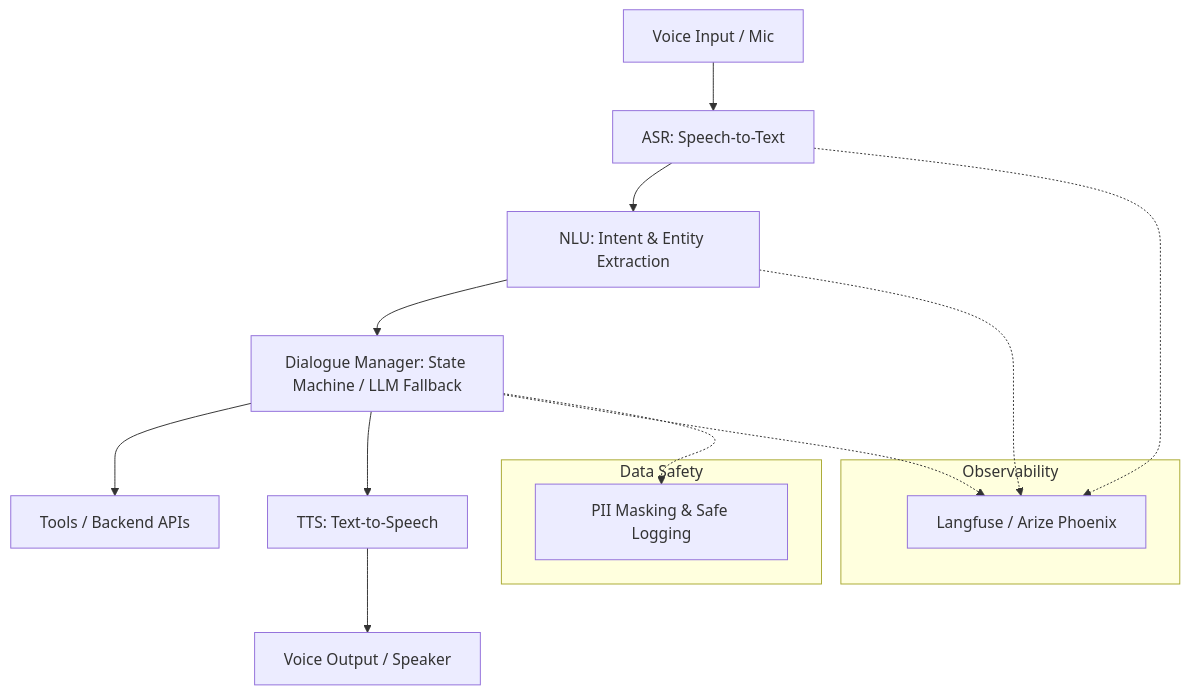
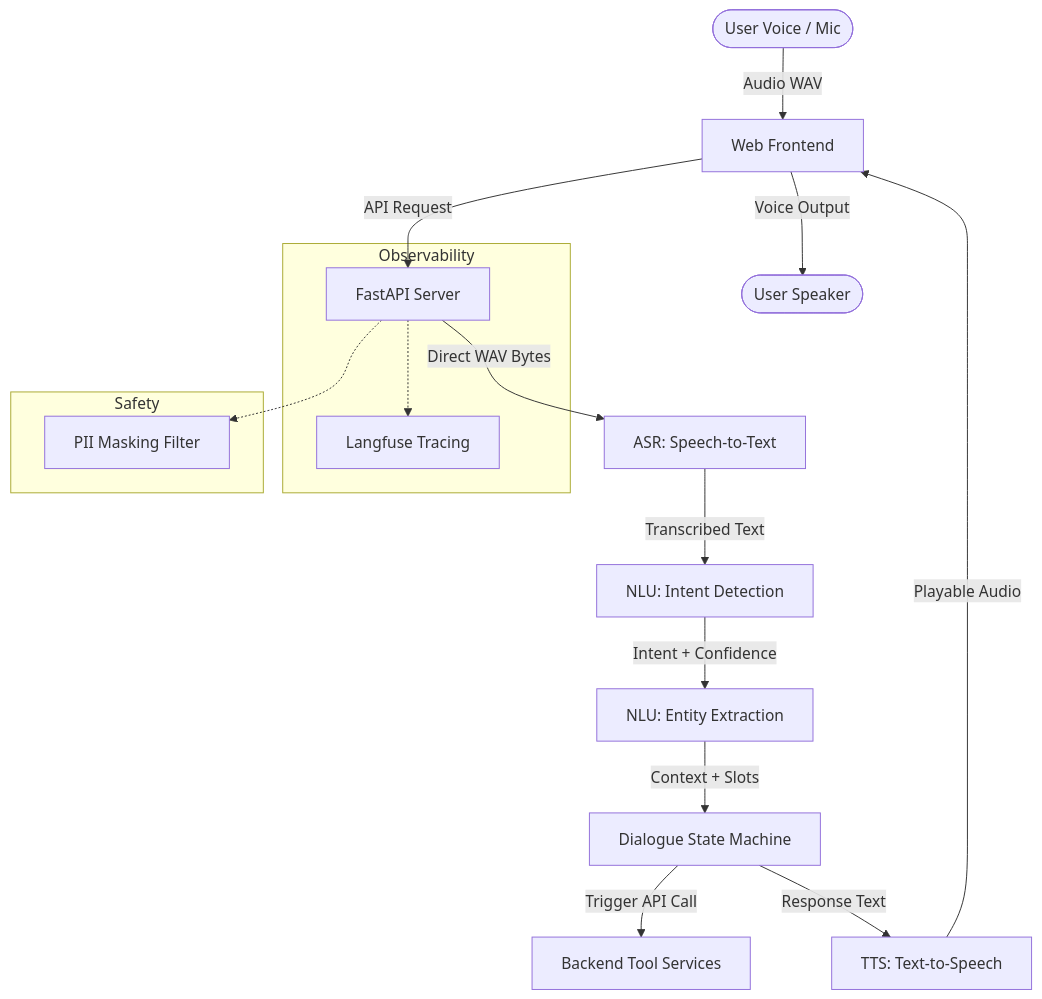
Before and after one commit to rashmisahray/Voice-First-Customer-Support-multilingual-speech-AI-: the diagram in README.md, drawn with Mermaid. The commit also changed other lines of this file, not shown here.

````diff
--- a/README.md
+++ b/README.md
@@ -9,22 +12,21 @@
 ```mermaid
 graph TD
-    A[Voice Input / Mic] --> B[ASR: Speech-to-Text]
-    B --> C[NLU: Intent & Entity Extraction]
-    C --> D[Dialogue Manager: State Machine / LLM Fallback]
-    D --> E[Tools / Backend APIs]
-    D --> F[TTS: Text-to-Speech]
-    F --> G[Voice Output / Speaker]
+    User([User Voice / Mic]) -->|Audio WAV| UI[Web Frontend]
+    UI -->|API Request| FastAPI[FastAPI Server]
+    FastAPI -->|Direct WAV Bytes| ASR[ASR: Speech-to-Text]
+    ASR -->|Transcribed Text| NLU_Class[NLU: Intent Detection]
+    NLU_Class -->|Intent + Confidence| NLU_Ext[NLU: Entity Extraction]
+    NLU_Ext -->|Context + Slots| DM[Dialogue State Machine]
+    DM -->|Trigger API Call| Tools[Backend Tool Services]
+    DM -->|Response Text| TTS[TTS: Text-to-Speech]
+    TTS -->|Playable Audio| UI
+    UI -->|Voice Output| Speaker([User Speaker])
     
     subgraph Observability
-        H[Langfuse / Arize Phoenix]
+        FastAPI -.-> Langfuse[Langfuse Tracing]
     end
     
-    subgraph Data Safety
-        I[PII Masking & Safe Logging]
+    subgraph Safety
+        FastAPI -.-> PII[PII Masking Filter]
     end
-
-    B -.-> H
-    C -.-> H
-    D -.-> H
-    D -.-> I
 ```
````
